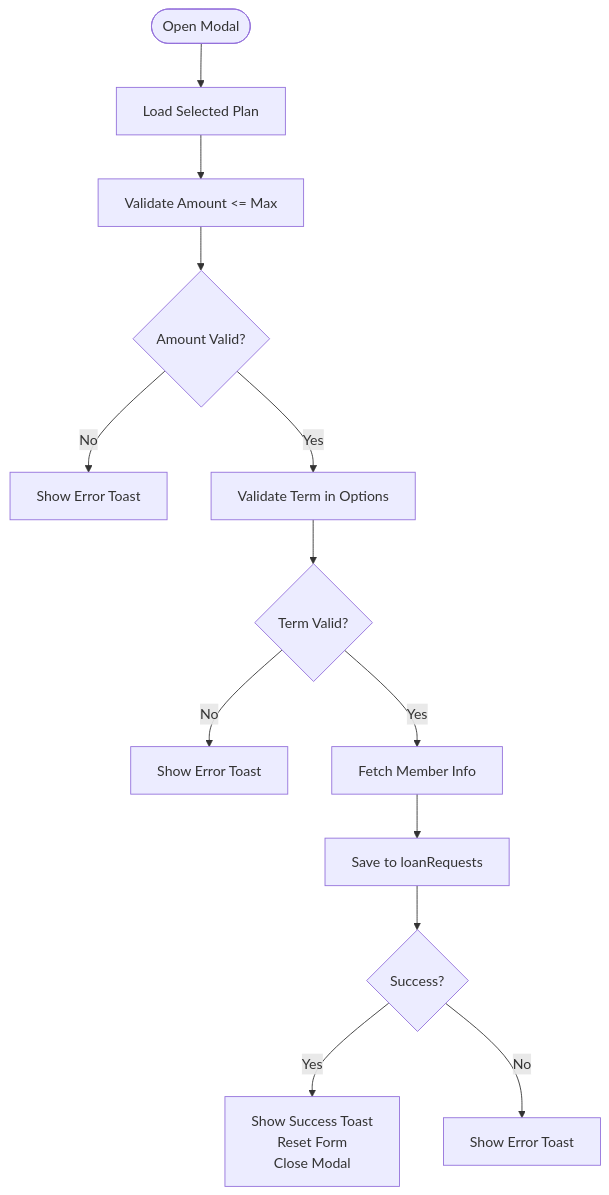
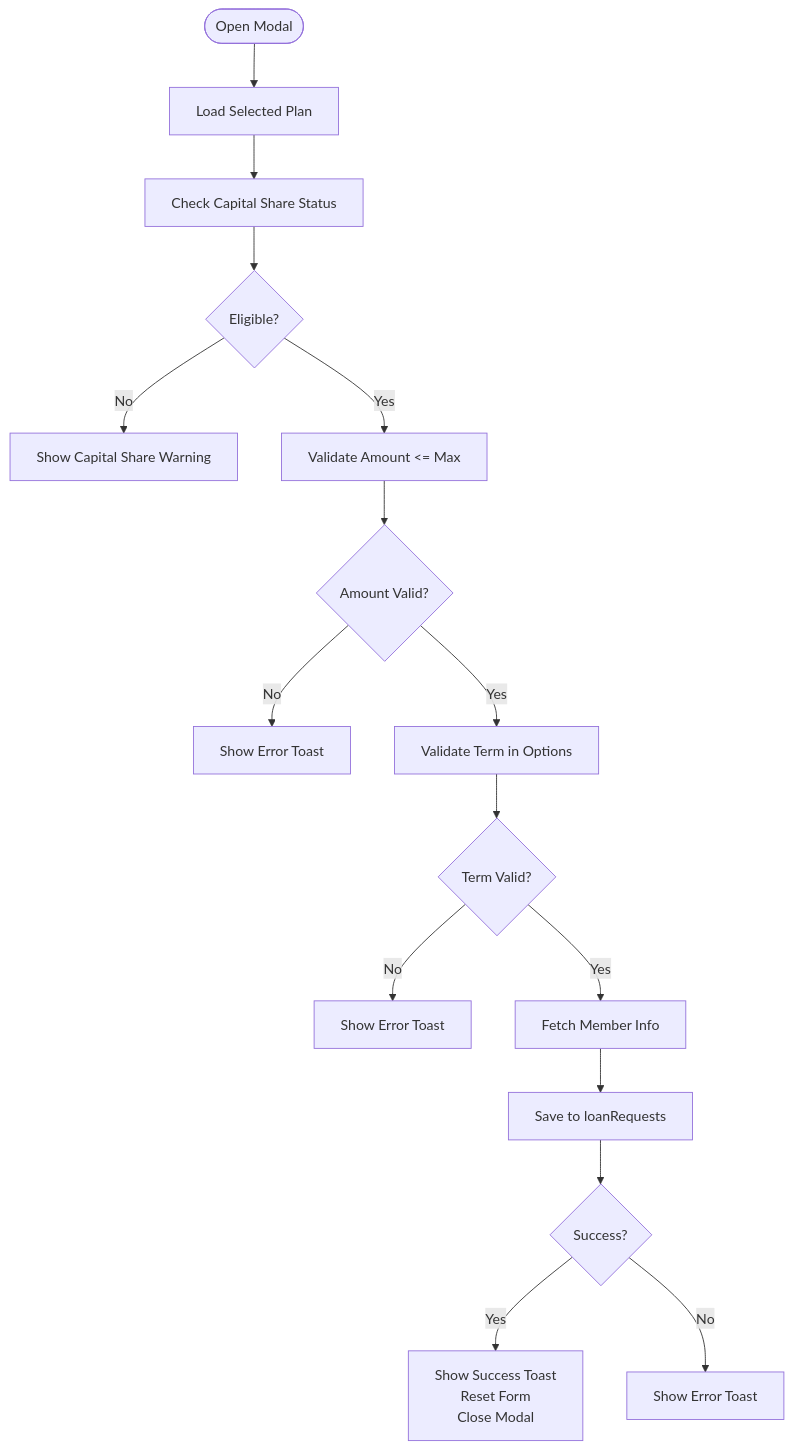
One commit to Unsure-bry/sampacoop_system changed the third of 11 diagrams in .qoder/repowiki/en/content/Loan Management System/Loan Application Workflow.md. Above: the diagram before and after it, drawn with Mermaid. The commit also changed other lines of this file and 6 other files, not shown here.

````diff
--- a/.qoder/repowiki/en/content/Loan Management System/Loan Application Workflow.md
+++ b/.qoder/repowiki/en/content/Loan Management System/Loan Application Workflow.md
@@ -155,15 +185,18 @@
 ```mermaid
 flowchart TD
 Start(["Open Modal"]) --> LoadPlan["Load Selected Plan"]
-LoadPlan --> ValidateAmount["Validate Amount <= Max"]
+LoadPlan --> CheckCapital["Check Capital Share Status"]
+CheckCapital --> Eligible{"Eligible?"}
+Eligible --> |No| ShowRestriction["Show Capital Share Warning"]
+Eligible --> |Yes| ValidateAmount["Validate Amount <= Max"]
 ValidateAmount --> AmountValid{"Amount Valid?"}
 AmountValid --> |No| ShowError1["Show Error Toast"]
 AmountValid --> |Yes| ValidateTerm["Validate Term in Options"]
 ValidateTerm --> TermValid{"Term Valid?"}
 TermValid --> |No| ShowError2["Show Error Toast"]
 TermValid --> |Yes| FetchMember["Fetch Member Info"]
 FetchMember --> Submit["Save to loanRequests"]
 Submit --> Result{"Success?"}
 Result --> |Yes| Success["Show Success Toast<br/>Reset Form<br/>Close Modal"]
 Result --> |No| Failure["Show Error Toast"]
 ```
````
